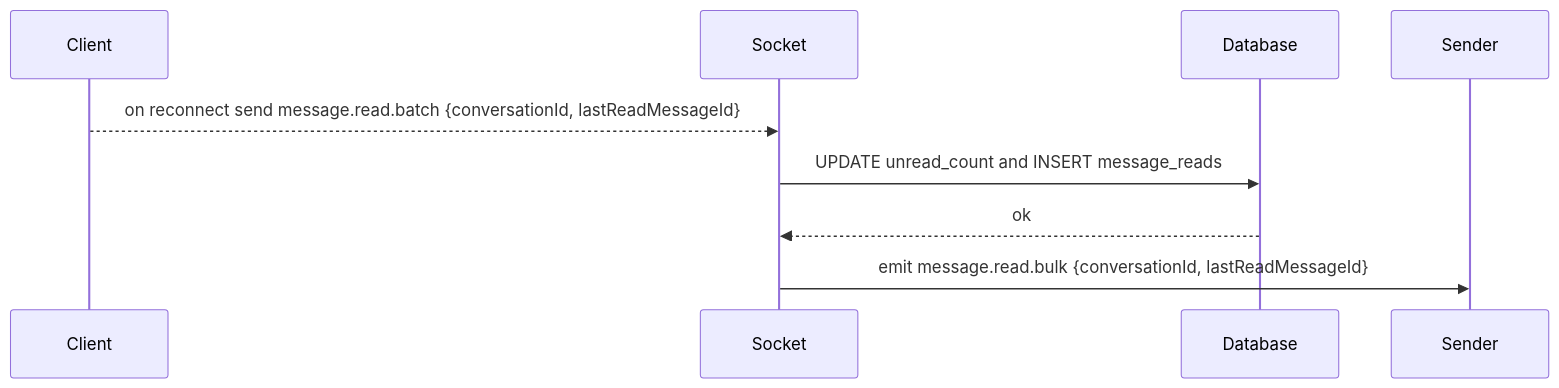
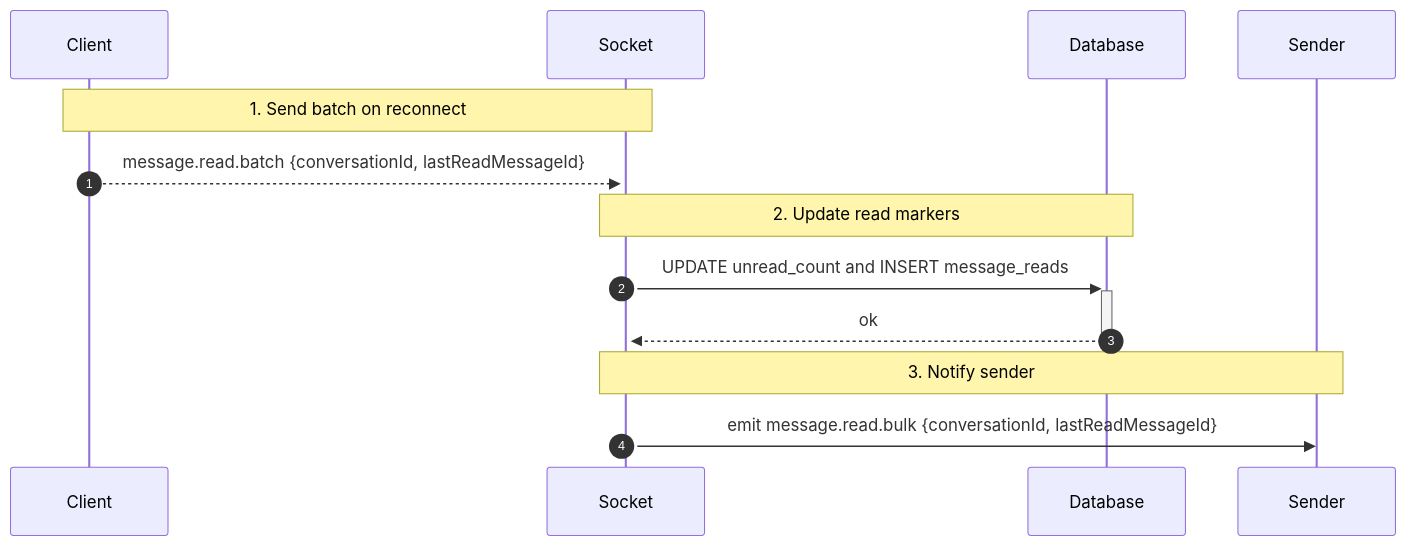
One commit to dinhhoang235/Chat-App changed the second of 2 diagrams in docs/read_receipts.md. Above: the diagram before and after it, drawn with Mermaid. The commit also changed other lines of this file and 12 other files, not shown here.

Commit message:
docs: enhance sequence diagrams with detailed notes for various features

````diff
--- a/docs/read_receipts.md
+++ b/docs/read_receipts.md
@@ -37,12 +43,18 @@
 ```mermaid
 sequenceDiagram
+  autonumber
   participant C as Client
   participant WS as Socket
   participant DB as Database
   participant S as Sender
 
-  C-->>WS: on reconnect send message.read.batch {conversationId, lastReadMessageId}
-  WS->>DB: UPDATE unread_count and INSERT message_reads
-  DB-->>WS: ok
+  Note over C,WS: 1. Send batch on reconnect
+  C-->>+WS: message.read.batch {conversationId, lastReadMessageId}
+
+  Note over WS,DB: 2. Update read markers
+  WS->>+DB: UPDATE unread_count and INSERT message_reads
+  DB-->>-WS: ok
+
+  Note over WS,S: 3. Notify sender
   WS->>S: emit message.read.bulk {conversationId, lastReadMessageId}
 ```
````
